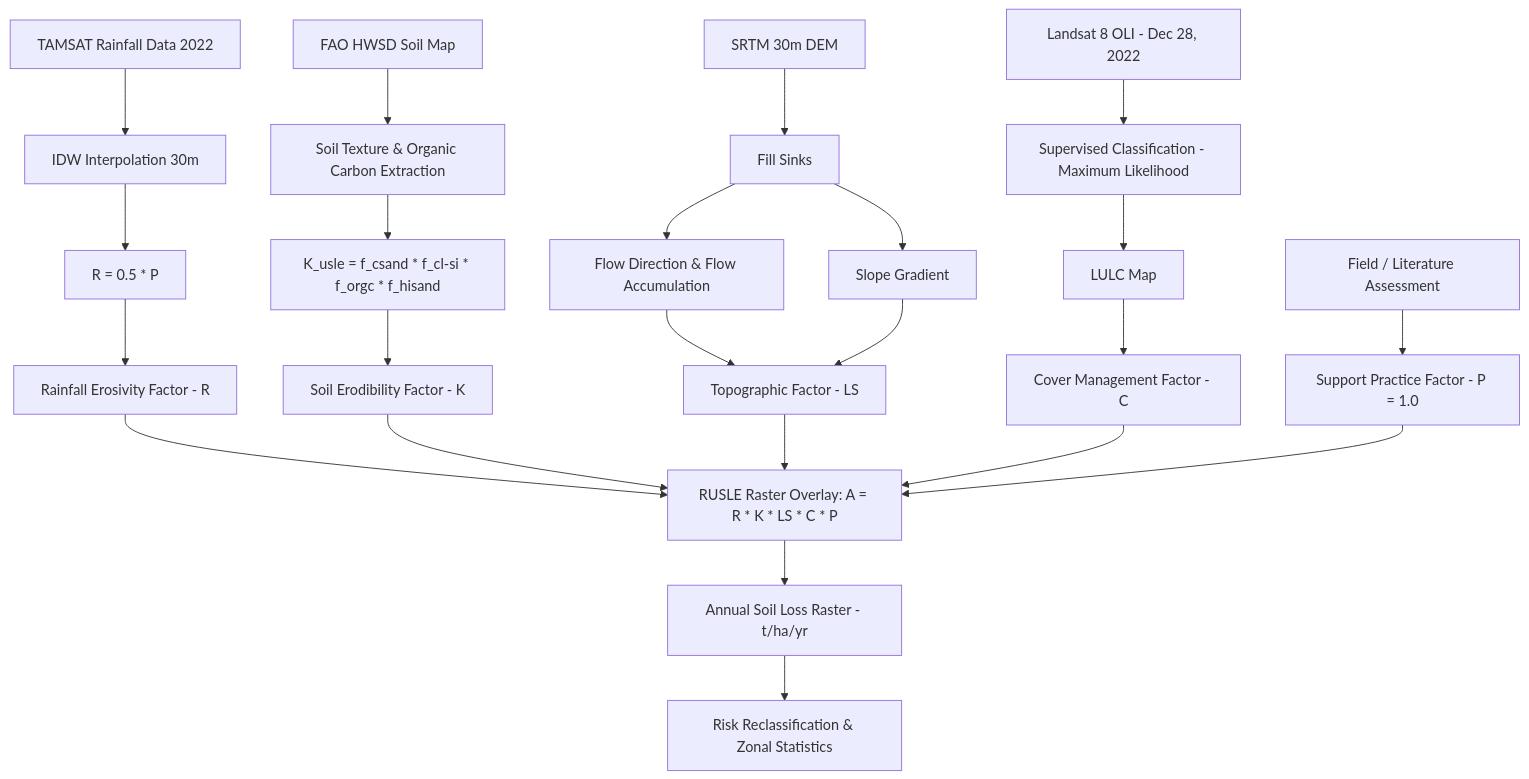
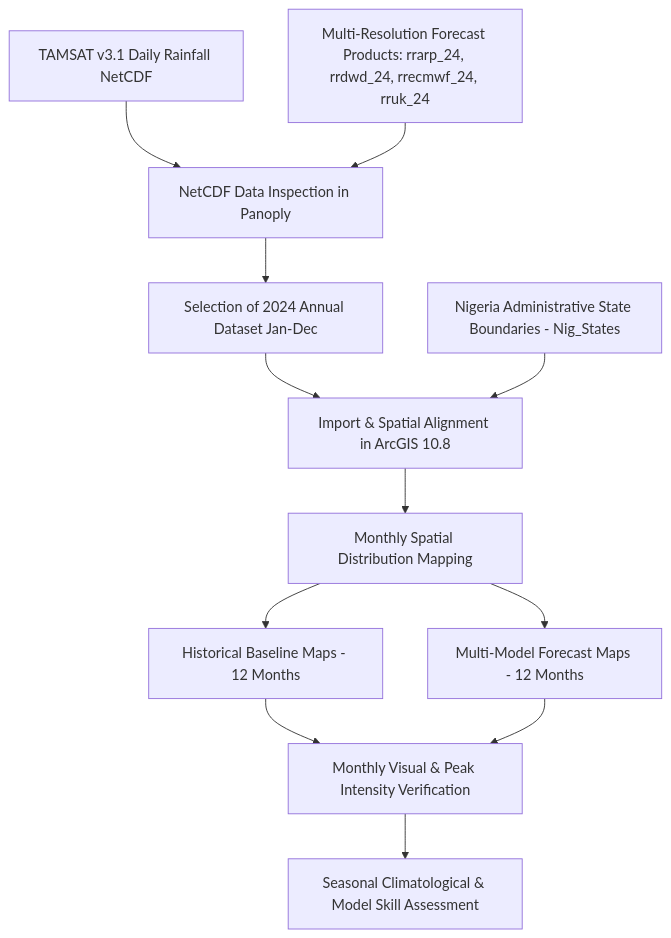
Before and after one commit to oluwasegunopaul-hub/Geospatial_Remote_Sensing_Portfolio: the diagram in verification_multi_resolution_model_forecasts/README.md, drawn with Mermaid. The commit also changed other lines of this file, not shown here.

````diff
--- a/verification_multi_resolution_model_forecasts/README.md
+++ b/verification_multi_resolution_model_forecasts/README.md
@@ -92,25 +97,13 @@
 ```mermaid
 flowchart TD
-    A[TAMSAT Rainfall Data 2022] --> B[IDW Interpolation 30m]
-    B --> C["R = 0.5 * P"]
-    C --> R[Rainfall Erosivity Factor - R]
-
-    D[FAO HWSD Soil Map] --> E[Soil Texture & Organic Carbon Extraction]
-    E --> F["K_usle = f_csand * f_cl-si * f_orgc * f_hisand"]
-    F --> K[Soil Erodibility Factor - K]
-
-    G[SRTM 30m DEM] --> H[Fill Sinks]
-    H --> I[Flow Direction & Flow Accumulation]
-    H --> J[Slope Gradient]
-    I & J --> LS[Topographic Factor - LS]
-
-    L[Landsat 8 OLI - Dec 28, 2022] --> M[Supervised Classification - Maximum Likelihood]
-    M --> N[LULC Map]
-    N --> C_FAC[Cover Management Factor - C]
-
-    O[Field / Literature Assessment] --> P[Support Practice Factor - P = 1.0]
-
-    R & K & LS & C_FAC & P --> Q["RUSLE Raster Overlay: A = R * K * LS * C * P"]
-    Q --> S[Annual Soil Loss Raster - t/ha/yr]
-    S --> T[Risk Reclassification & Zonal Statistics]
+    A[TAMSAT v3.1 Daily Rainfall NetCDF] --> B[NetCDF Data Inspection in Panoply]
+    C[Multi-Resolution Forecast Products: rrarp_24, rrdwd_24, rrecmwf_24, rruk_24] --> B
+    B --> D[Selection of 2024 Annual Dataset Jan-Dec]
+    D --> E[Import & Spatial Alignment in ArcGIS 10.8]
+    F[Nigeria Administrative State Boundaries - Nig_States] --> E
+    E --> G[Monthly Spatial Distribution Mapping]
+    G --> H[Historical Baseline Maps - 12 Months]
+    G --> I[Multi-Model Forecast Maps - 12 Months]
+    H & I --> J[Monthly Visual & Peak Intensity Verification]
+    J --> K[Seasonal Climatological & Model Skill Assessment]
 ```
````
